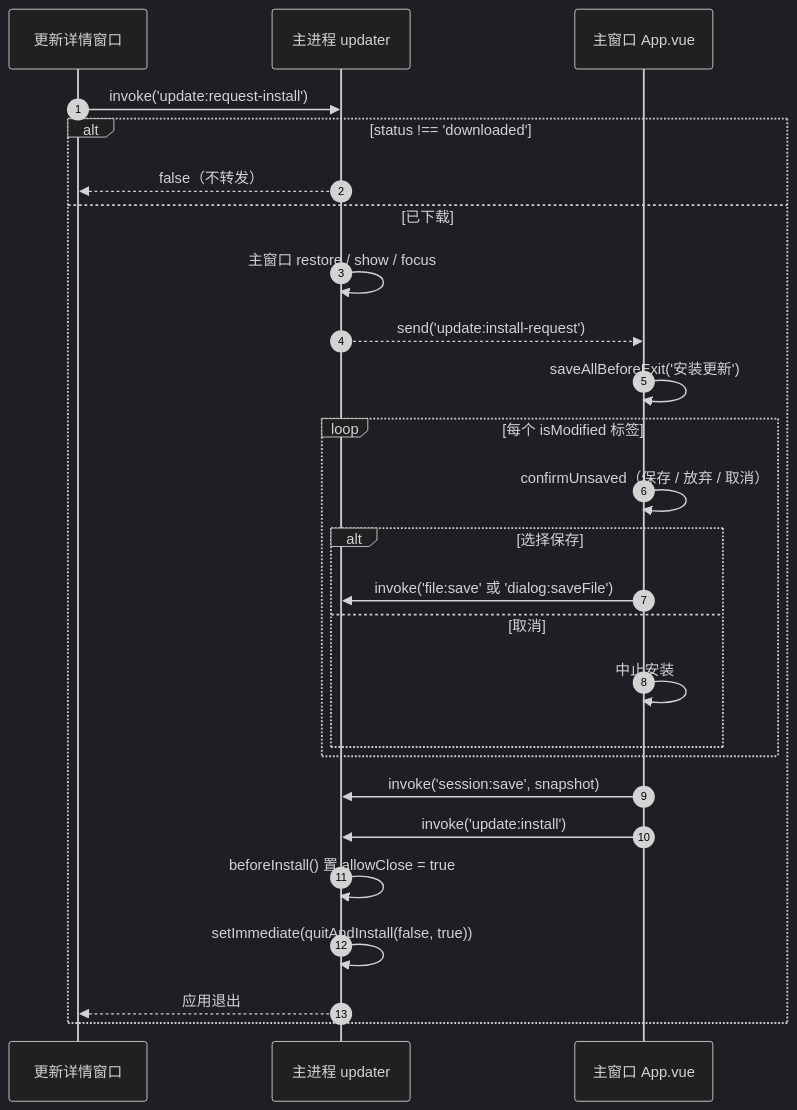
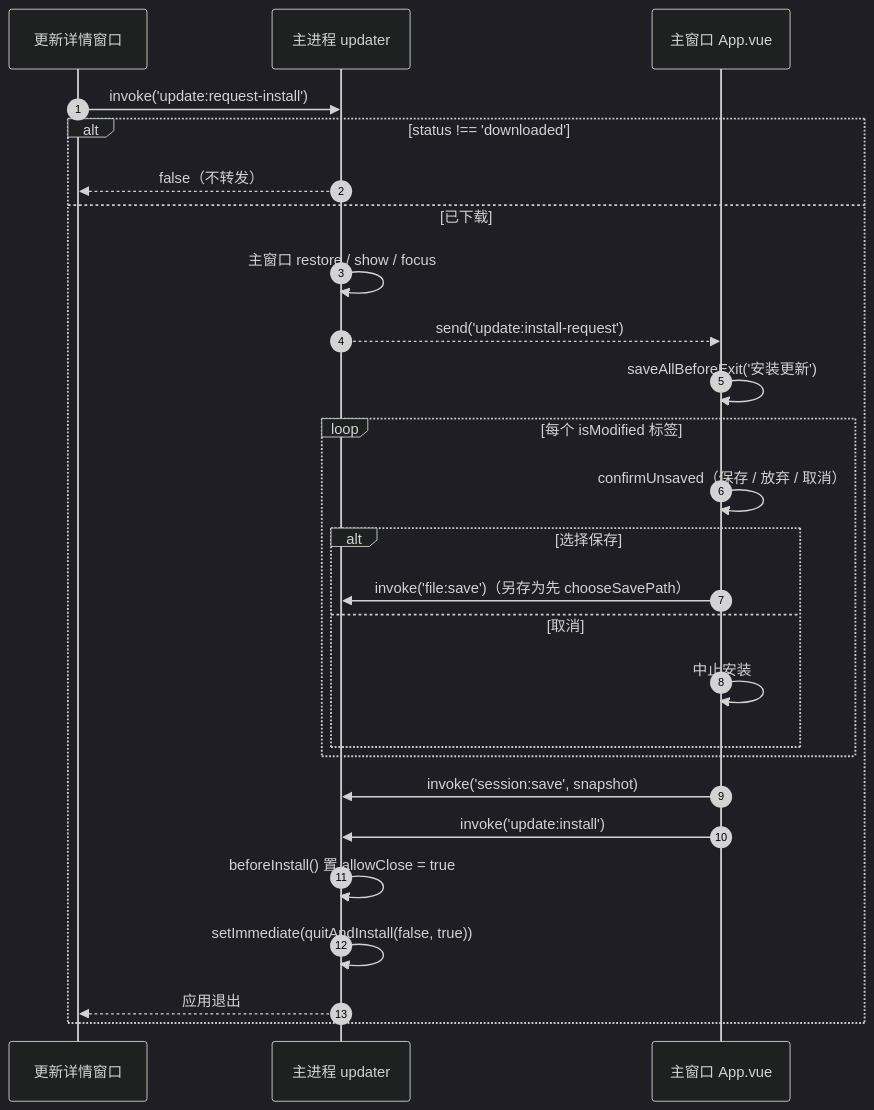
One commit to Harley-xk/mark-it changed the third of 4 diagrams in docs/IPC接口与进程契约.md. Above: the diagram before and after it, drawn with Mermaid (dark theme). The commit also changed other lines of this file and 47 other files, not shown here.

````diff
--- a/docs/IPC接口与进程契约.md
+++ b/docs/IPC接口与进程契约.md
@@ -326,29 +335,29 @@
 ```mermaid
 sequenceDiagram
     autonumber
     participant U as 更新详情窗口
     participant M as 主进程 updater
     participant W as 主窗口 App.vue
 
     U->>M: invoke('update:request-install')
     alt status !== 'downloaded'
         M-->>U: false（不转发）
     else 已下载
         M->>M: 主窗口 restore / show / focus
         M-->>W: send('update:install-request')
         W->>W: saveAllBeforeExit('安装更新')
         loop 每个 isModified 标签
             W->>W: confirmUnsaved（保存 / 放弃 / 取消）
             alt 选择保存
-                W->>M: invoke('file:save' 或 'dialog:saveFile')
+                W->>M: invoke('file:save')（另存为先 chooseSavePath）
             else 取消
                 W->>W: 中止安装
             end
         end
         W->>M: invoke('session:save', snapshot)
         W->>M: invoke('update:install')
         M->>M: beforeInstall() 置 allowClose = true
         M->>M: setImmediate(quitAndInstall(false, true))
         M-->>U: 应用退出
     end
 ```
````
